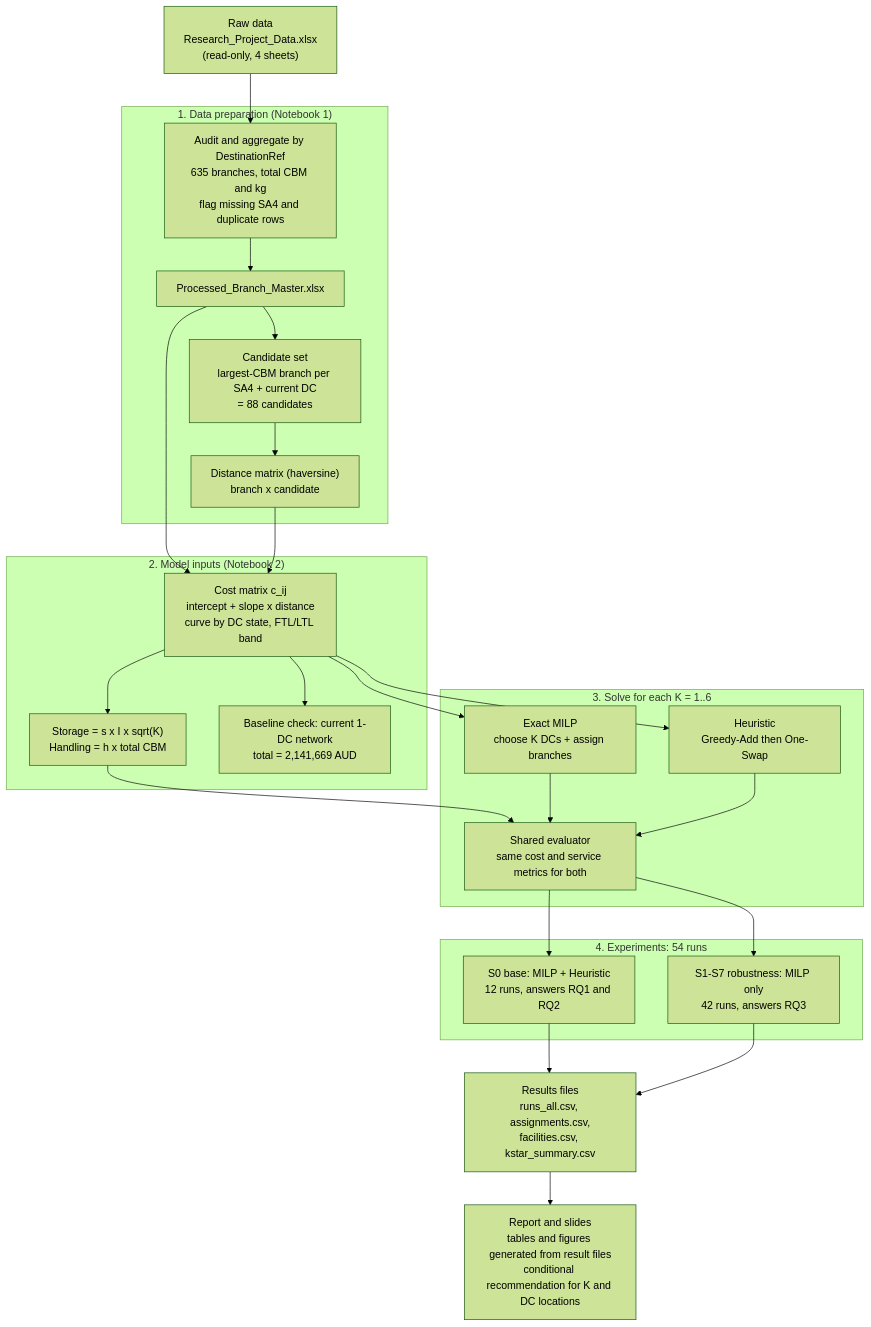
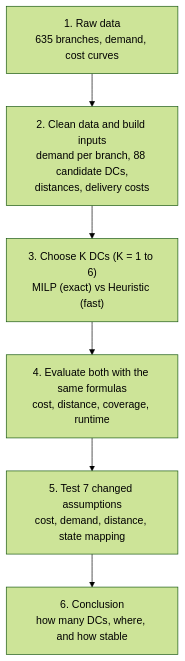
Before and after one commit to Thora-truong/Research-K25-Team-2-: the diagram in README.md, drawn with Mermaid (forest theme). The commit also changed other lines of this file, not shown here.

````diff
--- a/README.md
+++ b/README.md
@@ -5,48 +5,11 @@
 ```mermaid
 flowchart TD
-    A["Raw data<br/>Research_Project_Data.xlsx<br/>(read-only, 4 sheets)"]
+    A["1. Raw data<br/>635 branches, demand, cost curves"]
+    B["2. Clean data and build inputs<br/>demand per branch, 88 candidate DCs,<br/>distances, delivery costs"]
+    C["3. Choose K DCs (K = 1 to 6)<br/>MILP (exact) vs Heuristic (fast)"]
+    D["4. Evaluate both with the same formulas<br/>cost, distance, coverage, runtime"]
+    E["5. Test 7 changed assumptions<br/>cost, demand, distance, state mapping"]
+    F["6. Conclusion<br/>how many DCs, where, and how stable"]
 
-    subgraph P1["1. Data preparation (Notebook 1)"]
-        B["Audit and aggregate by DestinationRef<br/>635 branches, total CBM and kg<br/>flag missing SA4 and duplicate rows"]
-        C["Processed_Branch_Master.xlsx"]
-        D["Candidate set<br/>largest-CBM branch per SA4 + current DC<br/>= 88 candidates"]
-        E["Distance matrix (haversine)<br/>branch x candidate"]
-    end
-
-    subgraph P2["2. Model inputs (Notebook 2)"]
-        F["Cost matrix c_ij<br/>intercept + slope x distance<br/>curve by DC state, FTL/LTL band"]
-        G["Storage = s x I x sqrt(K)<br/>Handling = h x total CBM"]
-        H["Baseline check: current 1-DC network<br/>total = 2,141,669 AUD"]
-    end
-
-    subgraph P3["3. Solve for each K = 1..6"]
-        I["Exact MILP<br/>choose K DCs + assign branches"]
-        J["Heuristic<br/>Greedy-Add then One-Swap"]
-        K["Shared evaluator<br/>same cost and service metrics for both"]
-    end
-
-    subgraph P4["4. Experiments: 54 runs"]
-        L["S0 base: MILP + Heuristic<br/>12 runs, answers RQ1 and RQ2"]
-        M["S1-S7 robustness: MILP only<br/>42 runs, answers RQ3"]
-    end
-
-    N["Results files<br/>runs_all.csv, assignments.csv,<br/>facilities.csv, kstar_summary.csv"]
-    O["Report and slides<br/>tables and figures generated from result files<br/>conditional recommendation for K and DC locations"]
-
-    A --> B --> C
-    C --> D --> E
-    C --> F
-    E --> F
-    F --> G
-    F --> H
-    F --> I
-    F --> J
-    G --> K
-    I --> K
-    J --> K
-    K --> L
-    K --> M
-    L --> N
-    M --> N
-    N --> O
+    A --> B --> C --> D --> E --> F
 ```
````
